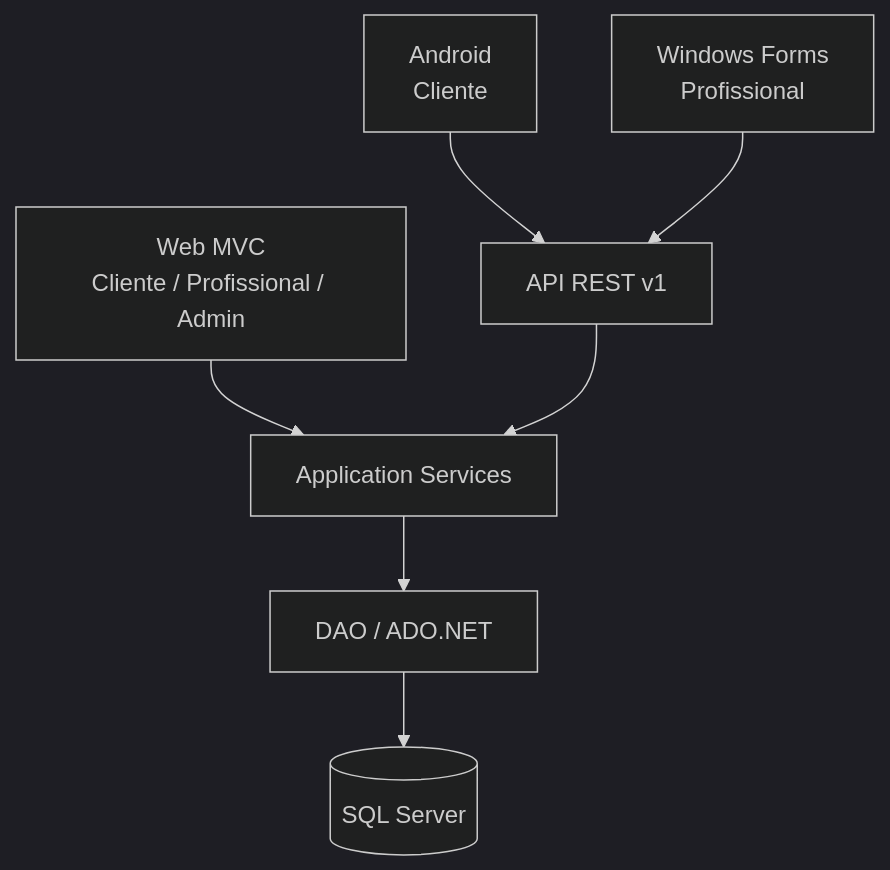
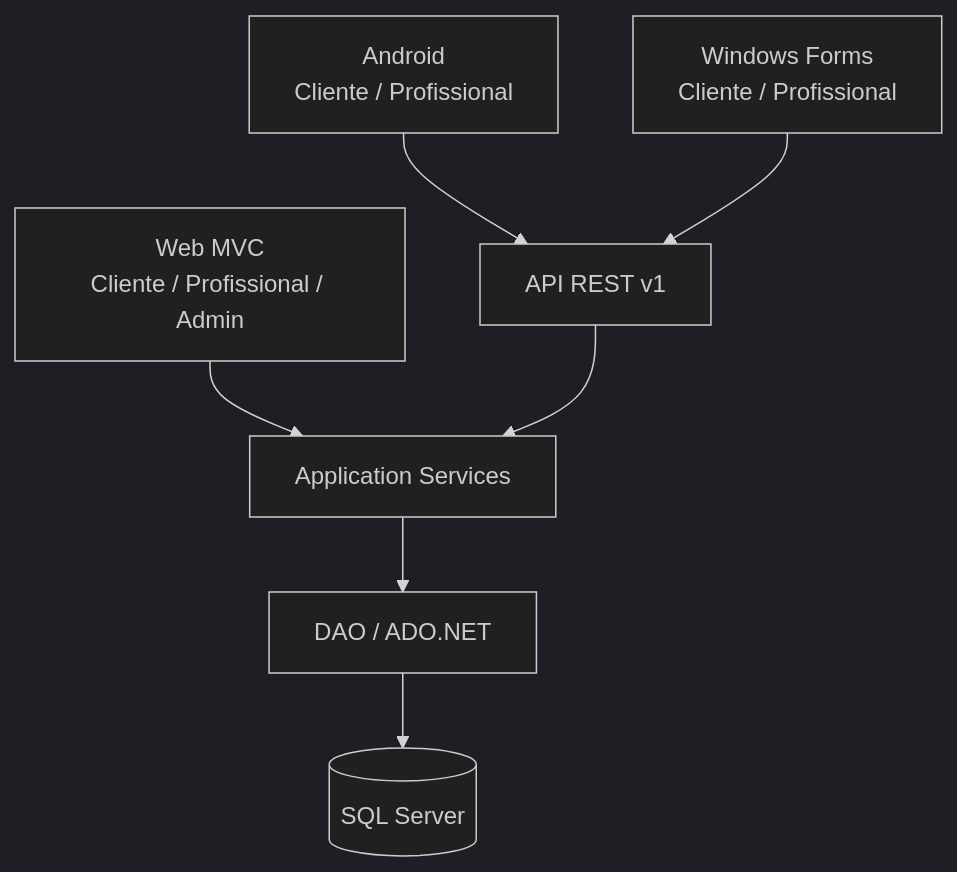
One commit to vinicimxt/Trampo changed the diagram in README.md. Above: the diagram before and after it, drawn with Mermaid (dark theme). The commit also changed other lines of this file and 35 other files, not shown here.

````diff
--- a/README.md
+++ b/README.md
@@ -112,19 +117,19 @@
 ```mermaid
 flowchart TB
     WEB[Web MVC<br/>Cliente / Profissional / Admin]
-    ANDROID[Android<br/>Cliente]
-    DESKTOP[Windows Forms<br/>Profissional]
+    ANDROID[Android<br/>Cliente / Profissional]
+    DESKTOP[Windows Forms<br/>Cliente / Profissional]
 
     API[API REST v1]
     SERVICES[Application Services]
     DAO[DAO / ADO.NET]
     DB[(SQL Server)]
 
     WEB --> SERVICES
     ANDROID --> API
     DESKTOP --> API
 
     API --> SERVICES
     SERVICES --> DAO
     DAO --> DB
 ```
````
